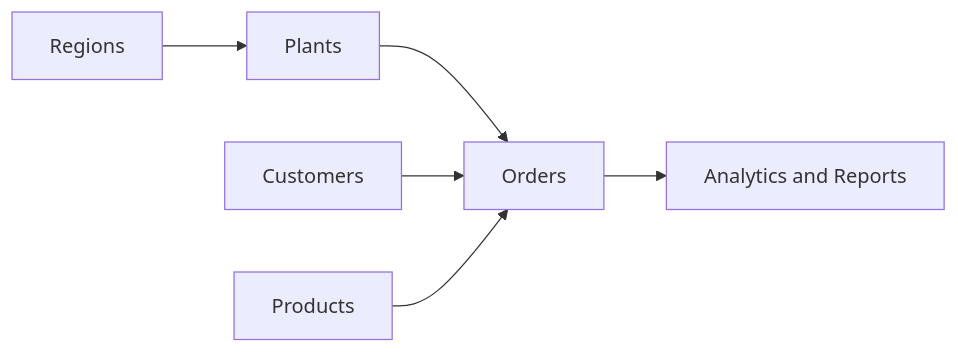
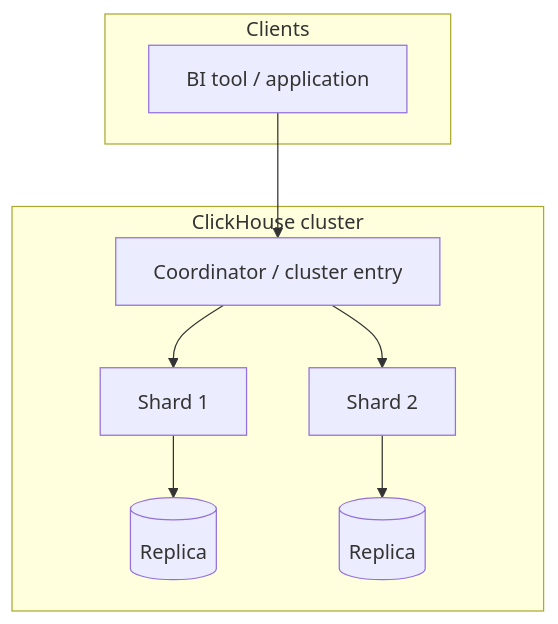
Before and after one commit to atingupta2005/clickhouse-grafana-analytics-reporting: the second of 3 diagrams in sessions/01-architecture-and-data-modeling/README.md, drawn with Mermaid. The commit also changed other lines of this file and 9 other files, not shown here.

First line of the commit message:
Add Session 01 colorful SVG diagrams and richer Mermaid.

````diff
--- a/sessions/01-architecture-and-data-modeling/README.md
+++ b/sessions/01-architecture-and-data-modeling/README.md
@@ -57,9 +119,16 @@
 ```mermaid
-flowchart LR
-    R[Regions] --> P[Plants]
-    P --> O[Orders]
-    C[Customers] --> O
-    PR[Products] --> O
+flowchart TB
+    subgraph Clients
+        C[BI tool / application]
+    end
 
-    O --> A[Analytics and Reports]
+    subgraph Cluster["ClickHouse cluster"]
+        S[Coordinator / cluster entry]
+        S --> SH1[Shard 1]
+        S --> SH2[Shard 2]
+        SH1 --> R1[(Replica)]
+        SH2 --> R2[(Replica)]
+    end
+
+    C --> S
 ```
````
